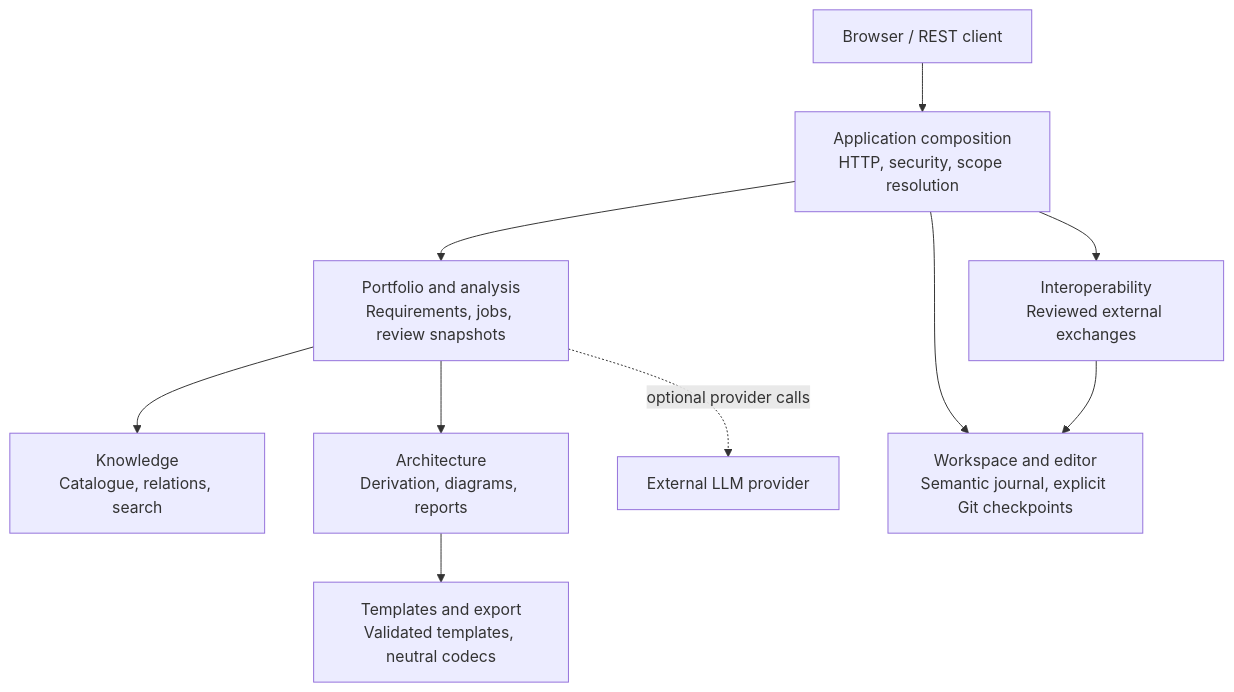
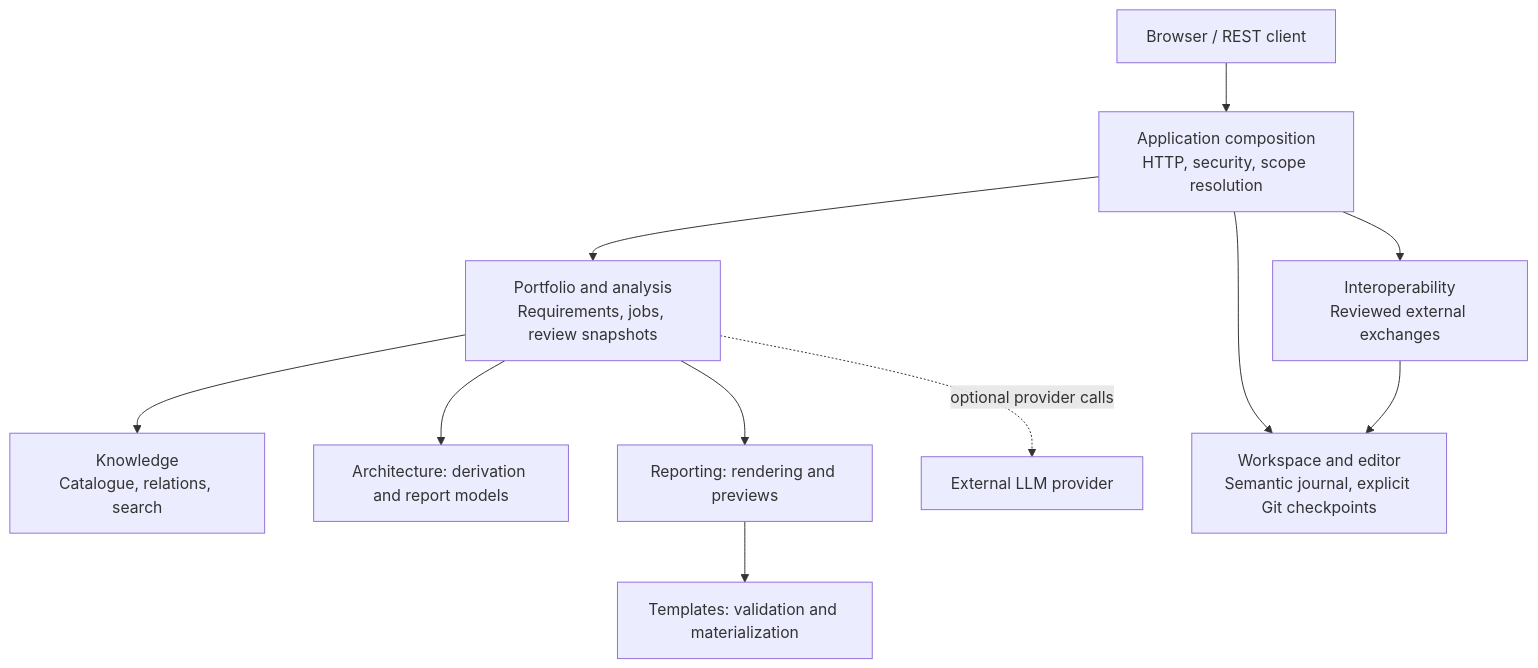
The third of 3 diagrams in README.md (carstenartur/Taxonomy), drawn with Mermaid before and after one commit. The commit also changed other lines of this file and 27 other files, not shown here.

Commit message:
docs: align architecture, developer guides and screenshot evidence (#1262)

````diff
--- a/README.md
+++ b/README.md
@@ -275,12 +281,13 @@
 ```mermaid
 flowchart TB
     Browser["Browser / REST client"] --> App["Application composition<br/>HTTP, security, scope resolution"]
     App --> Portfolio["Portfolio and analysis<br/>Requirements, jobs, review snapshots"]
     Portfolio --> Knowledge["Knowledge<br/>Catalogue, relations, search"]
-    Portfolio --> Architecture["Architecture<br/>Derivation, diagrams, reports"]
+    Portfolio --> Architecture["Architecture: derivation and report models"]
+    Portfolio --> Reporting["Reporting: rendering and previews"]
     App --> Workspace["Workspace and editor<br/>Semantic journal, explicit Git checkpoints"]
     App --> Interop["Interoperability<br/>Reviewed external exchanges"]
     Interop --> Workspace
-    Architecture --> Delivery["Templates and export<br/>Validated templates, neutral codecs"]
+    Reporting --> Templates["Templates: validation and materialization"]
     Portfolio -.->|optional provider calls| AI["External LLM provider"]
 ```
````
